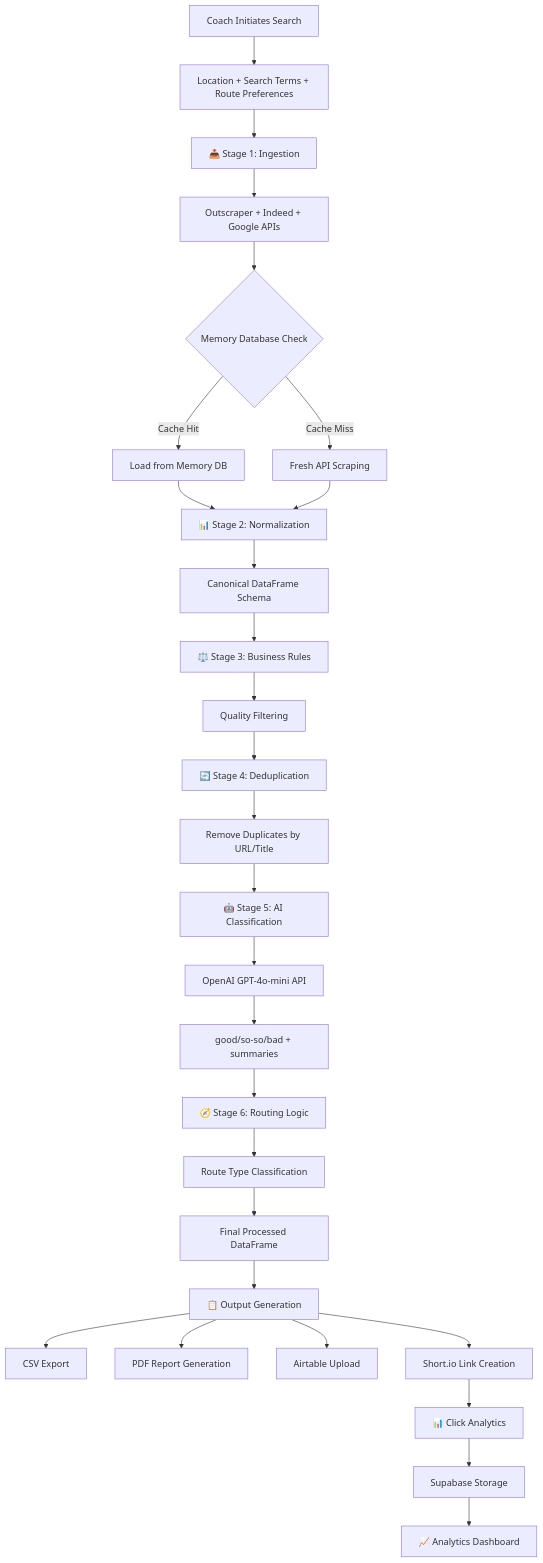
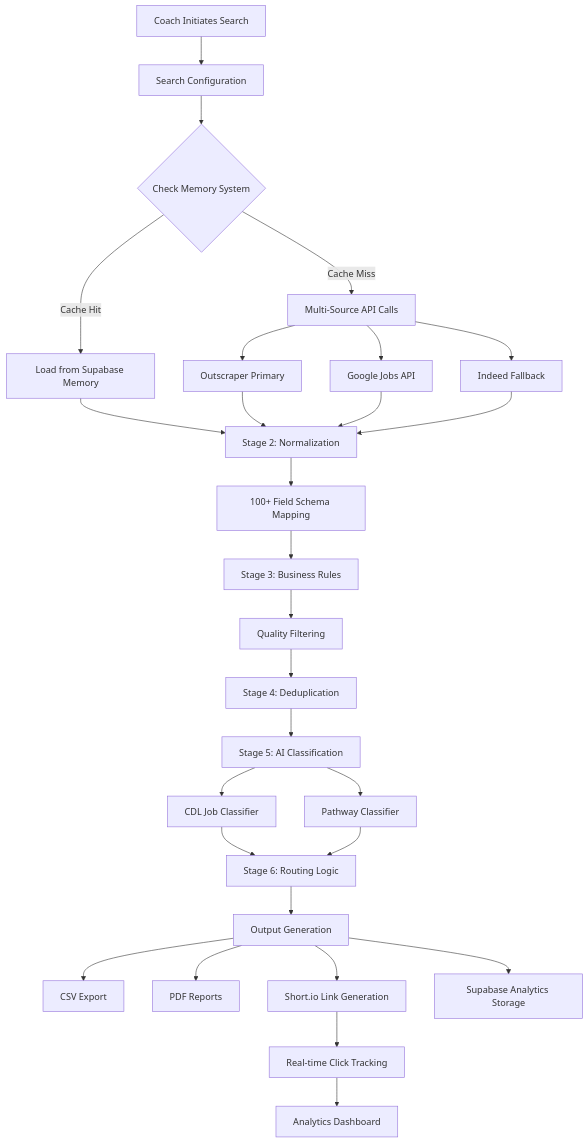
Before and after one commit to hazeltr0n/freeworld-success-coach-portal: the second of 2 diagrams in CLAUDE.md, drawn with Mermaid. The commit also changed other lines of this file and 29 other files, not shown here.

First line of the commit message:
Fix multi-market job limit bug and create comprehensive test suite

````diff
--- a/CLAUDE.md
+++ b/CLAUDE.md
@@ -119,40 +206,41 @@
 ```mermaid
 flowchart TD
-    START[Coach Initiates Search] --> INPUT[Location + Search Terms + Route Preferences]
-    
-    INPUT --> STAGE1[📥 Stage 1: Ingestion]
-    STAGE1 --> API_CALLS[Outscraper + Indeed + Google APIs]
-    API_CALLS --> MEMORY_CHECK{Memory Database Check}
-    MEMORY_CHECK -->|Cache Hit| CACHED_DATA[Load from Memory DB]
-    MEMORY_CHECK -->|Cache Miss| FRESH_SCRAPE[Fresh API Scraping]
-    
-    CACHED_DATA --> STAGE2[📊 Stage 2: Normalization]
-    FRESH_SCRAPE --> STAGE2
-    
-    STAGE2 --> CANONICAL[Canonical DataFrame Schema]
-    CANONICAL --> STAGE3[⚖️ Stage 3: Business Rules]
-    
-    STAGE3 --> QUALITY_FILTER[Quality Filtering]
-    QUALITY_FILTER --> STAGE4[🔄 Stage 4: Deduplication]
-    
-    STAGE4 --> DEDUP_LOGIC[Remove Duplicates by URL/Title]
-    DEDUP_LOGIC --> STAGE5[🤖 Stage 5: AI Classification]
-    
-    STAGE5 --> OPENAI_API[OpenAI GPT-4o-mini API]
-    OPENAI_API --> AI_RESULTS[good/so-so/bad + summaries]
-    AI_RESULTS --> STAGE6[🧭 Stage 6: Routing Logic]
-    
-    STAGE6 --> ROUTE_RULES[Route Type Classification]
-    ROUTE_RULES --> FINAL_DF[Final Processed DataFrame]
-    
-    FINAL_DF --> OUTPUTS[📋 Output Generation]
-    OUTPUTS --> CSV_OUT[CSV Export]
-    OUTPUTS --> PDF_OUT[PDF Report Generation]
-    OUTPUTS --> AIRTABLE_SYNC[Airtable Upload]
-    OUTPUTS --> LINK_GENERATION[Short.io Link Creation]
-    
-    LINK_GENERATION --> CLICK_TRACKING[📊 Click Analytics]
-    CLICK_TRACKING --> SUPABASE_STORE[Supabase Storage]
-    
-    SUPABASE_STORE --> ANALYTICS_DASH[📈 Analytics Dashboard]
+    START[Coach Initiates Search] --> CONFIG[Search Configuration]
+    CONFIG --> MEMORY_CHECK{Check Memory System}
+
+    MEMORY_CHECK -->|Cache Hit| CACHED[Load from Supabase Memory]
+    MEMORY_CHECK -->|Cache Miss| APIS[Multi-Source API Calls]
+
+    APIS --> OUTSCRAPER[Outscraper Primary]
+    APIS --> GOOGLE[Google Jobs API]
+    APIS --> INDEED[Indeed Fallback]
+
+    CACHED --> NORMALIZE[Stage 2: Normalization]
+    OUTSCRAPER --> NORMALIZE
+    GOOGLE --> NORMALIZE
+    INDEED --> NORMALIZE
+
+    NORMALIZE --> CANONICAL[100+ Field Schema Mapping]
+    CANONICAL --> RULES[Stage 3: Business Rules]
+
+    RULES --> QUALITY[Quality Filtering]
+    QUALITY --> DEDUP[Stage 4: Deduplication]
+
+    DEDUP --> AI_CLASS[Stage 5: AI Classification]
+
+    AI_CLASS --> CDL_AI[CDL Job Classifier]
+    AI_CLASS --> PATH_AI[Pathway Classifier]
+
+    CDL_AI --> ROUTING[Stage 6: Routing Logic]
+    PATH_AI --> ROUTING
+
+    ROUTING --> OUTPUTS[Output Generation]
+
+    OUTPUTS --> CSV[CSV Export]
+    OUTPUTS --> PDF[PDF Reports]
+    OUTPUTS --> TRACKING[Short.io Link Generation]
+    OUTPUTS --> SUPABASE_STORE[Supabase Analytics Storage]
+
+    TRACKING --> CLICK_ANALYTICS[Real-time Click Tracking]
+    CLICK_ANALYTICS --> DASHBOARD[Analytics Dashboard]
 ```
````
